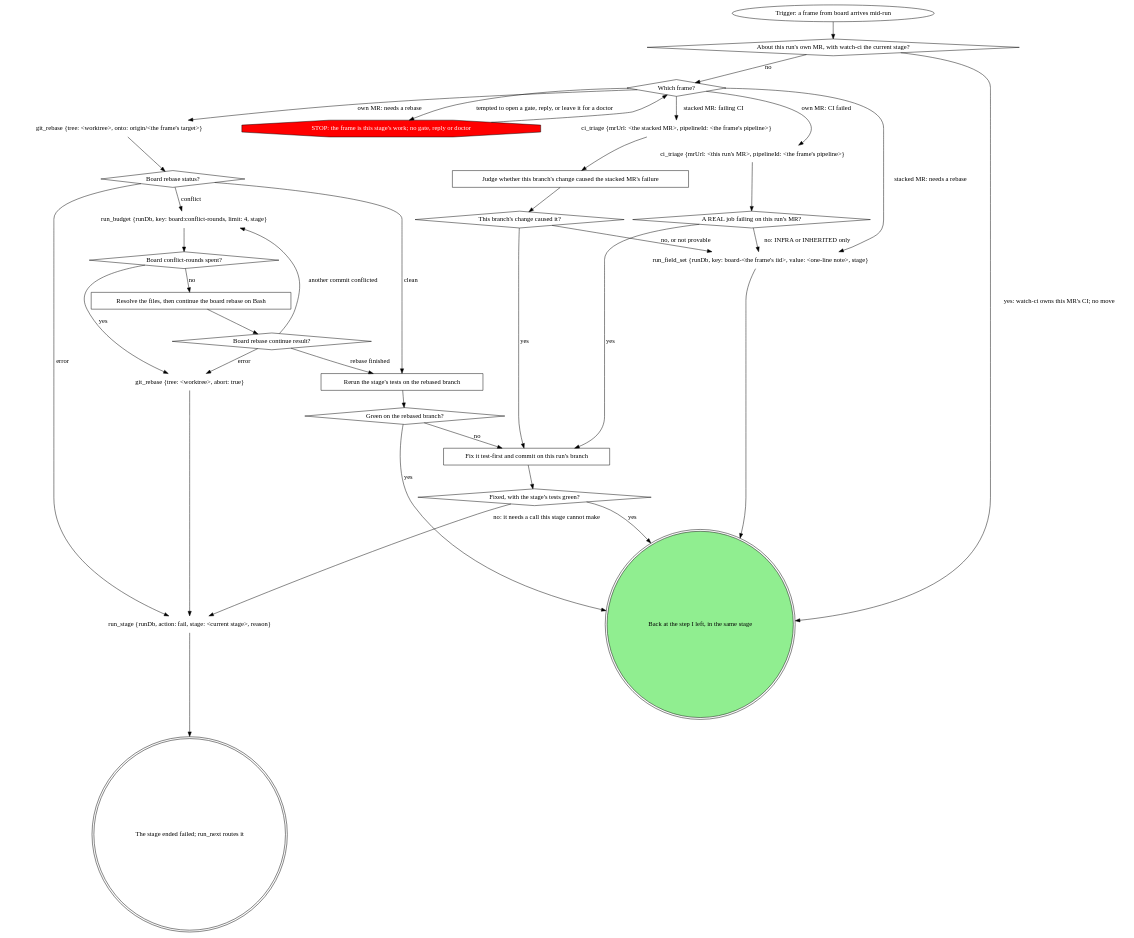
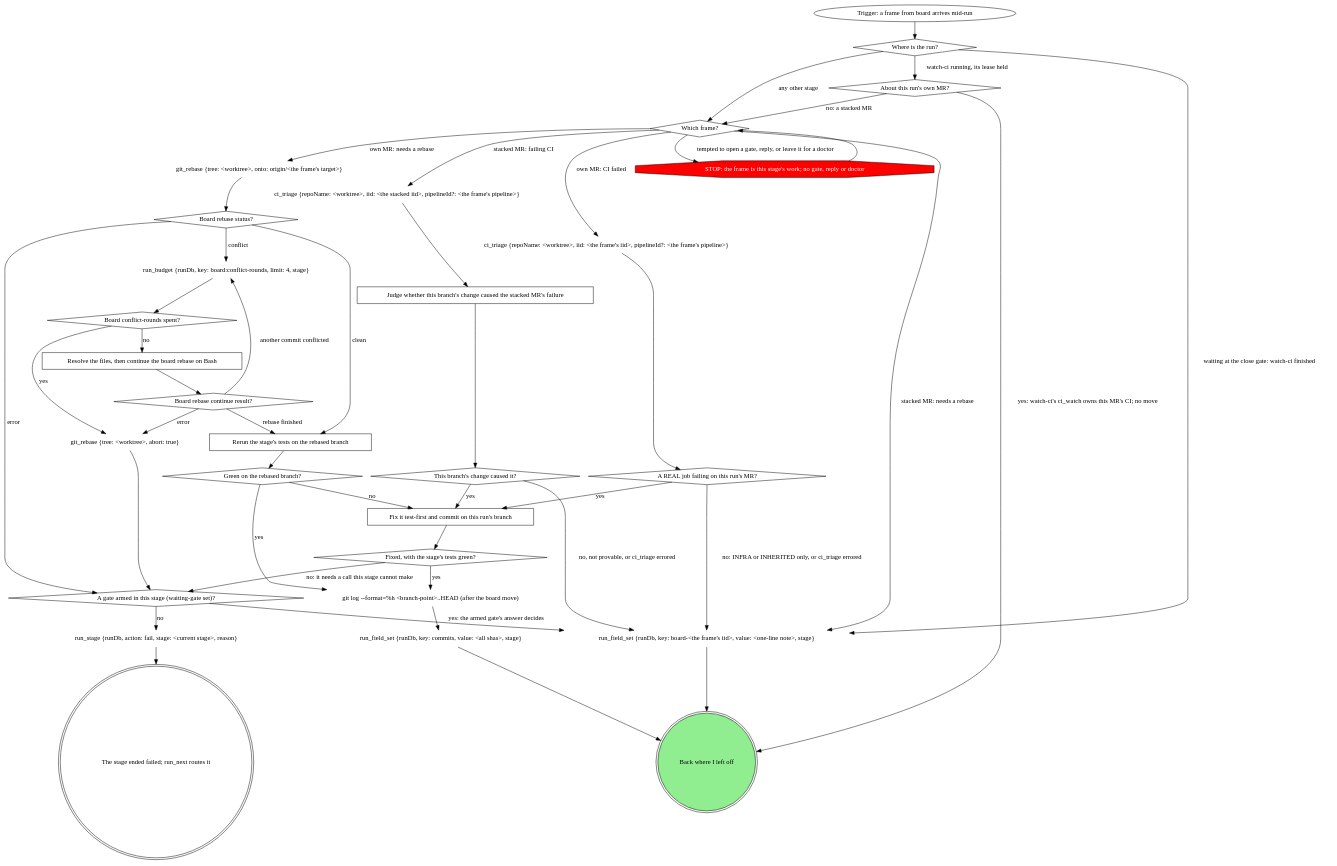
One commit to m4ttstack/mattstack changed the second of 2 diagrams in plugins/mattstack/attachments/pipeline/work/SKILL.md. Above: the diagram before and after it, drawn with Graphviz. The commit also changed other lines of this file and 1 other file, not shown here.

Commit message:
work: board frames at the close gate become run notes; tighten the frame map

````diff
--- a/plugins/mattstack/attachments/pipeline/work/SKILL.md
+++ b/plugins/mattstack/attachments/pipeline/work/SKILL.md
@@ -202,65 +203,76 @@
 ```dot
 digraph board_frame {
     board_frame_arrived [label="Trigger: a frame from board arrives mid-run" shape=ellipse];
-    own_mr_in_watch_ci [label="About this run's own MR, with watch-ci the current stage?" shape=diamond];
+    run_position [label="Where is the run?" shape=diamond];
+    own_mr_frame [label="About this run's own MR?" shape=diamond];
     frame_kind [label="Which frame?" shape=diamond];
     stop_board_handoff [label="STOP: the frame is this stage's work; no gate, reply or doctor" shape=octagon style=filled fillcolor=red fontcolor=white];
-    ci_triage_own [label="ci_triage {mrUrl: <this run's MR>, pipelineId: <the frame's pipeline>}" shape=plaintext];
+    ci_triage_own [label="ci_triage {repoName: <worktree>, iid: <the frame's iid>, pipelineId?: <the frame's pipeline>}" shape=plaintext];
     own_real_job [label="A REAL job failing on this run's MR?" shape=diamond];
     git_rebase_own [label="git_rebase {tree: <worktree>, onto: origin/<the frame's target>}" shape=plaintext];
     rebase_status [label="Board rebase status?" shape=diamond];
     run_budget_conflicts [label="run_budget {runDb, key: board:conflict-rounds, limit: 4, stage}" shape=plaintext];
     conflict_rounds_spent [label="Board conflict-rounds spent?" shape=diamond];
     resolve_board_conflicts [label="Resolve the files, then continue the board rebase on Bash" shape=box];
     continue_status [label="Board rebase continue result?" shape=diamond];
     git_rebase_abort [label="git_rebase {tree: <worktree>, abort: true}" shape=plaintext];
     rerun_after_rebase [label="Rerun the stage's tests on the rebased branch" shape=box];
     rebased_green [label="Green on the rebased branch?" shape=diamond];
-    ci_triage_stacked [label="ci_triage {mrUrl: <the stacked MR>, pipelineId: <the frame's pipeline>}" shape=plaintext];
+    ci_triage_stacked [label="ci_triage {repoName: <worktree>, iid: <the stacked iid>, pipelineId?: <the frame's pipeline>}" shape=plaintext];
     judge_stacked_cause [label="Judge whether this branch's change caused the stacked MR's failure" shape=box];
     stacked_cause [label="This branch's change caused it?" shape=diamond];
     fix_on_my_branch [label="Fix it test-first and commit on this run's branch" shape=box];
     fix_green [label="Fixed, with the stage's tests green?" shape=diamond];
+    git_log_board_shas [label="git log --format=%h <branch-point>..HEAD (after the board move)" shape=plaintext];
+    run_field_set_board_commits [label="run_field_set {runDb, key: commits, value: <all shas>, stage}" shape=plaintext];
+    gate_armed [label="A gate armed in this stage (waiting-gate set)?" shape=diamond];
     run_field_set_board_note [label="run_field_set {runDb, key: board-<the frame's iid>, value: <one-line note>, stage}" shape=plaintext];
     run_stage_fail_board [label="run_stage {runDb, action: fail, stage: <current stage>, reason}" shape=plaintext];
     stage_failed [label="The stage ended failed; run_next routes it" shape=doublecircle];
-    back_in_stage [label="Back at the step I left, in the same stage" shape=doublecircle style=filled fillcolor=lightgreen];
+    back_where_left [label="Back where I left off" shape=doublecircle style=filled fillcolor=lightgreen];
 
-    board_frame_arrived -> own_mr_in_watch_ci;
-    own_mr_in_watch_ci -> back_in_stage [label="yes: watch-ci owns this MR's CI; no move"];
-    own_mr_in_watch_ci -> frame_kind [label="no"];
+    board_frame_arrived -> run_position;
+    run_position -> own_mr_frame [label="watch-ci running, its lease held"];
+    run_position -> run_field_set_board_note [label="waiting at the close gate: watch-ci finished"];
+    run_position -> frame_kind [label="any other stage"];
+    own_mr_frame -> back_where_left [label="yes: watch-ci's ci_watch owns this MR's CI; no move"];
+    own_mr_frame -> frame_kind [label="no: a stacked MR"];
     frame_kind -> ci_triage_own [label="own MR: CI failed"];
     frame_kind -> git_rebase_own [label="own MR: needs a rebase"];
     frame_kind -> ci_triage_stacked [label="stacked MR: failing CI"];
     frame_kind -> run_field_set_board_note [label="stacked MR: needs a rebase"];
     frame_kind -> stop_board_handoff [label="tempted to open a gate, reply, or leave it for a doctor"];
     stop_board_handoff -> frame_kind;
     ci_triage_own -> own_real_job;
     own_real_job -> fix_on_my_branch [label="yes"];
-    own_real_job -> run_field_set_board_note [label="no: INFRA or INHERITED only"];
+    own_real_job -> run_field_set_board_note [label="no: INFRA or INHERITED only, or ci_triage errored"];
     git_rebase_own -> rebase_status;
     rebase_status -> rerun_after_rebase [label="clean"];
     rebase_status -> run_budget_conflicts [label="conflict"];
-    rebase_status -> run_stage_fail_board [label="error"];
+    rebase_status -> gate_armed [label="error"];
     run_budget_conflicts -> conflict_rounds_spent;
     conflict_rounds_spent -> resolve_board_conflicts [label="no"];
     conflict_rounds_spent -> git_rebase_abort [label="yes"];
     resolve_board_conflicts -> continue_status;
     continue_status -> run_budget_conflicts [label="another commit conflicted"];
     continue_status -> rerun_after_rebase [label="rebase finished"];
     continue_status -> git_rebase_abort [label="error"];
-    git_rebase_abort -> run_stage_fail_board;
+    git_rebase_abort -> gate_armed;
     rerun_after_rebase -> rebased_green;
-    rebased_green -> back_in_stage [label="yes"];
+    rebased_green -> git_log_board_shas [label="yes"];
     rebased_green -> fix_on_my_branch [label="no"];
     ci_triage_stacked -> judge_stacked_cause;
     judge_stacked_cause -> stacked_cause;
     stacked_cause -> fix_on_my_branch [label="yes"];
-    stacked_cause -> run_field_set_board_note [label="no, or not provable"];
+    stacked_cause -> run_field_set_board_note [label="no, not provable, or ci_triage errored"];
     fix_on_my_branch -> fix_green;
-    fix_green -> back_in_stage [label="yes"];
-    fix_green -> run_stage_fail_board [label="no: it needs a call this stage cannot make"];
-    run_field_set_board_note -> back_in_stage;
+    fix_green -> git_log_board_shas [label="yes"];
+    fix_green -> gate_armed [label="no: it needs a call this stage cannot make"];
+    git_log_board_shas -> run_field_set_board_commits;
+    run_field_set_board_commits -> back_where_left;
+    gate_armed -> run_field_set_board_note [label="yes: the armed gate's answer decides"];
+    gate_armed -> run_stage_fail_board [label="no"];
+    run_field_set_board_note -> back_where_left;
     run_stage_fail_board -> stage_failed;
 }
 ```
````
